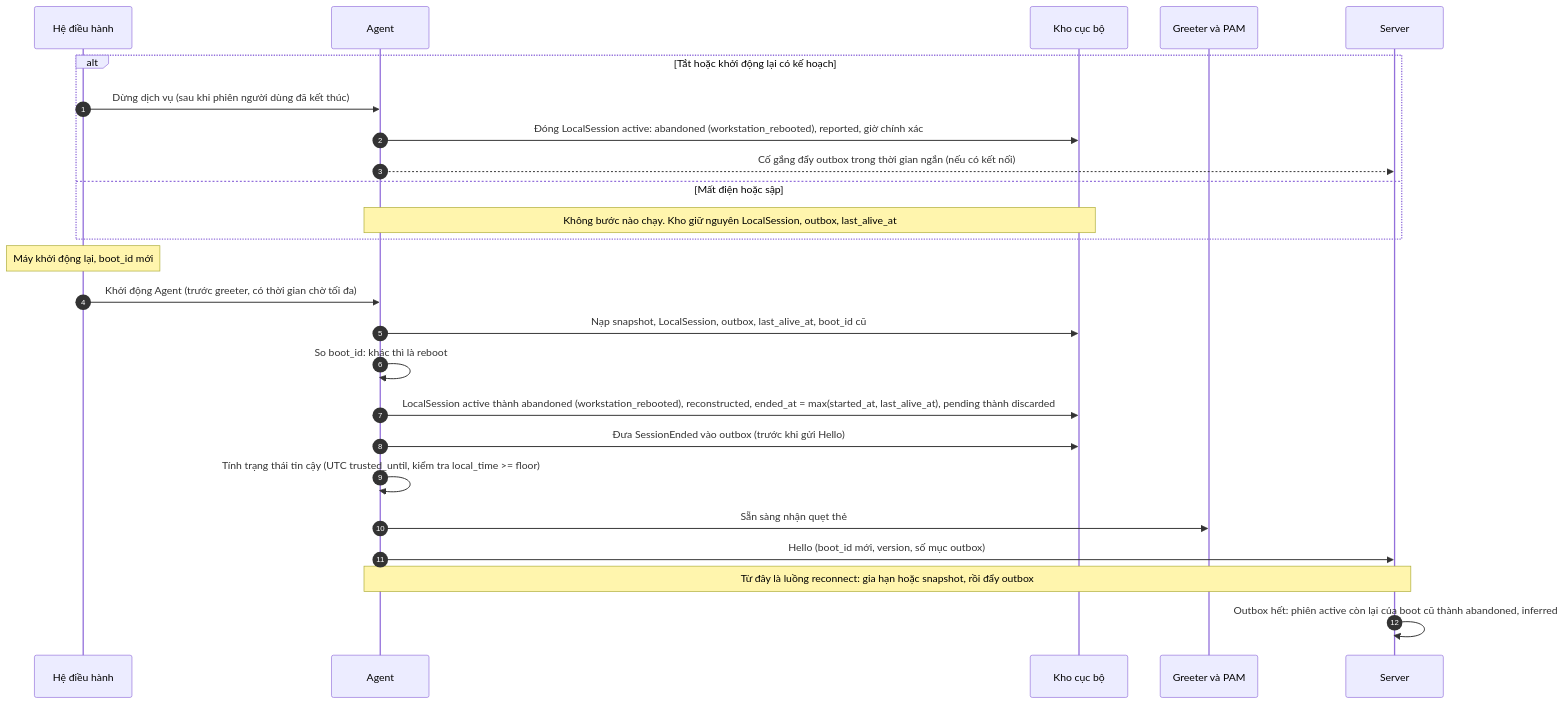
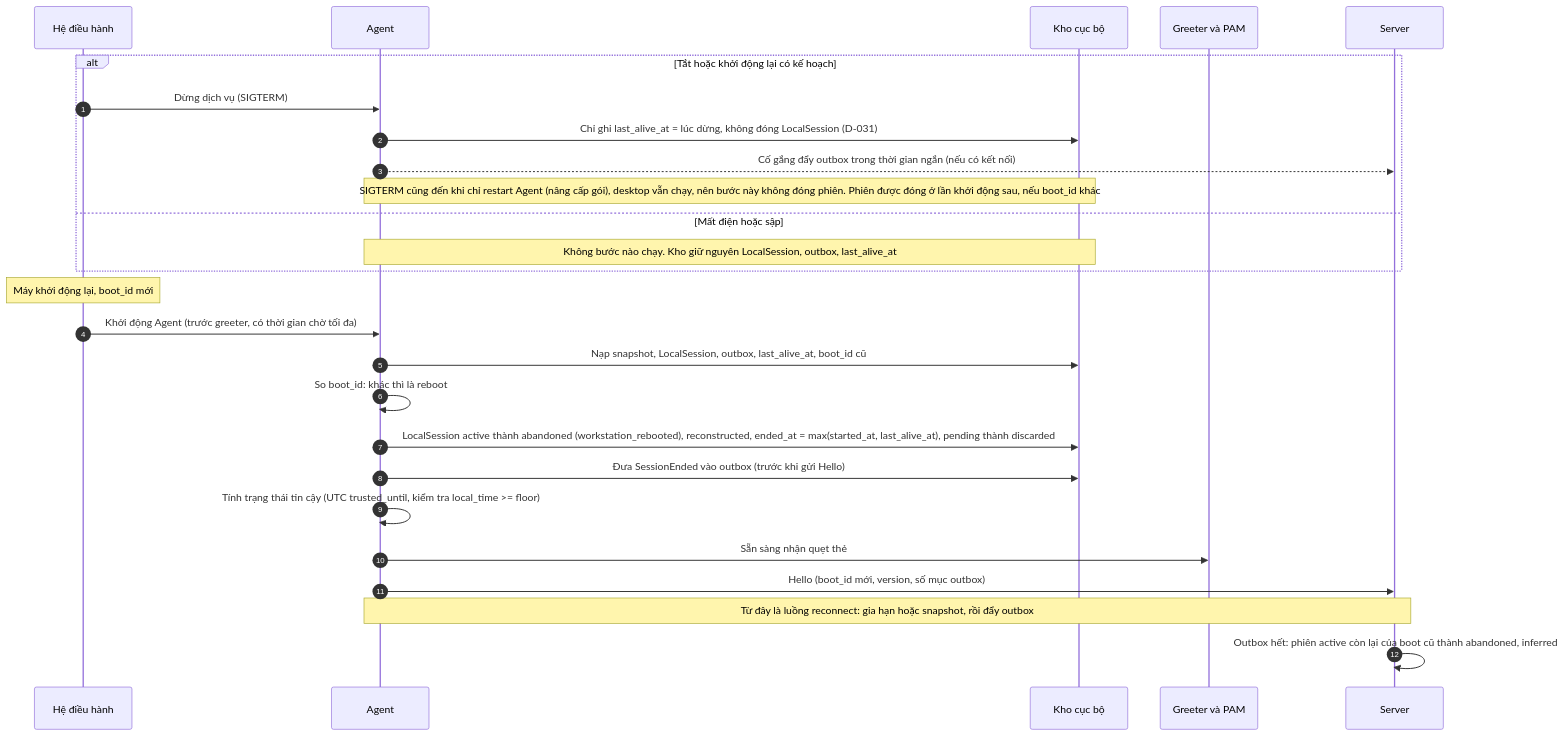
The diagram in design/docs/05-behavior/sequences/reboot.md (binhtoong21/linux-access-control), drawn with Mermaid before and after one commit. The commit also changed 9 other files, not shown here.

First line of the commit message:
docs: Align diagrams and claims with later decisions and evidence (#21)

````diff
--- a/design/docs/05-behavior/sequences/reboot.md
+++ b/design/docs/05-behavior/sequences/reboot.md
@@ -8,29 +8,30 @@
 ```mermaid
 sequenceDiagram
     autonumber
     participant O as Hệ điều hành
     participant A as Agent
     participant K as Kho cục bộ
     participant L as Greeter và PAM
     participant S as Server
 
     alt Tắt hoặc khởi động lại có kế hoạch
-        O->>A: Dừng dịch vụ (sau khi phiên người dùng đã kết thúc)
-        A->>K: Đóng LocalSession active: abandoned (workstation_rebooted), reported, giờ chính xác
+        O->>A: Dừng dịch vụ (SIGTERM)
+        A->>K: Chỉ ghi last_alive_at = lúc dừng, không đóng LocalSession (D-031)
         A-->>S: Cố gắng đẩy outbox trong thời gian ngắn (nếu có kết nối)
+        Note over A,K: SIGTERM cũng đến khi chỉ restart Agent (nâng cấp gói), desktop vẫn chạy, nên bước này không đóng phiên. Phiên được đóng ở lần khởi động sau, nếu boot_id khác
     else Mất điện hoặc sập
         Note over A,K: Không bước nào chạy. Kho giữ nguyên LocalSession, outbox, last_alive_at
     end
 
     Note over O: Máy khởi động lại, boot_id mới
     O->>A: Khởi động Agent (trước greeter, có thời gian chờ tối đa)
     A->>K: Nạp snapshot, LocalSession, outbox, last_alive_at, boot_id cũ
     A->>A: So boot_id: khác thì là reboot
     A->>K: LocalSession active thành abandoned (workstation_rebooted), reconstructed, ended_at = max(started_at, last_alive_at), pending thành discarded
     A->>K: Đưa SessionEnded vào outbox (trước khi gửi Hello)
     A->>A: Tính trạng thái tin cậy (UTC trusted_until, kiểm tra local_time >= floor)
     A->>L: Sẵn sàng nhận quẹt thẻ
     A->>S: Hello (boot_id mới, version, số mục outbox)
     Note over A,S: Từ đây là luồng reconnect: gia hạn hoặc snapshot, rồi đẩy outbox
     S->>S: Outbox hết: phiên active còn lại của boot cũ thành abandoned, inferred
 ```
````
